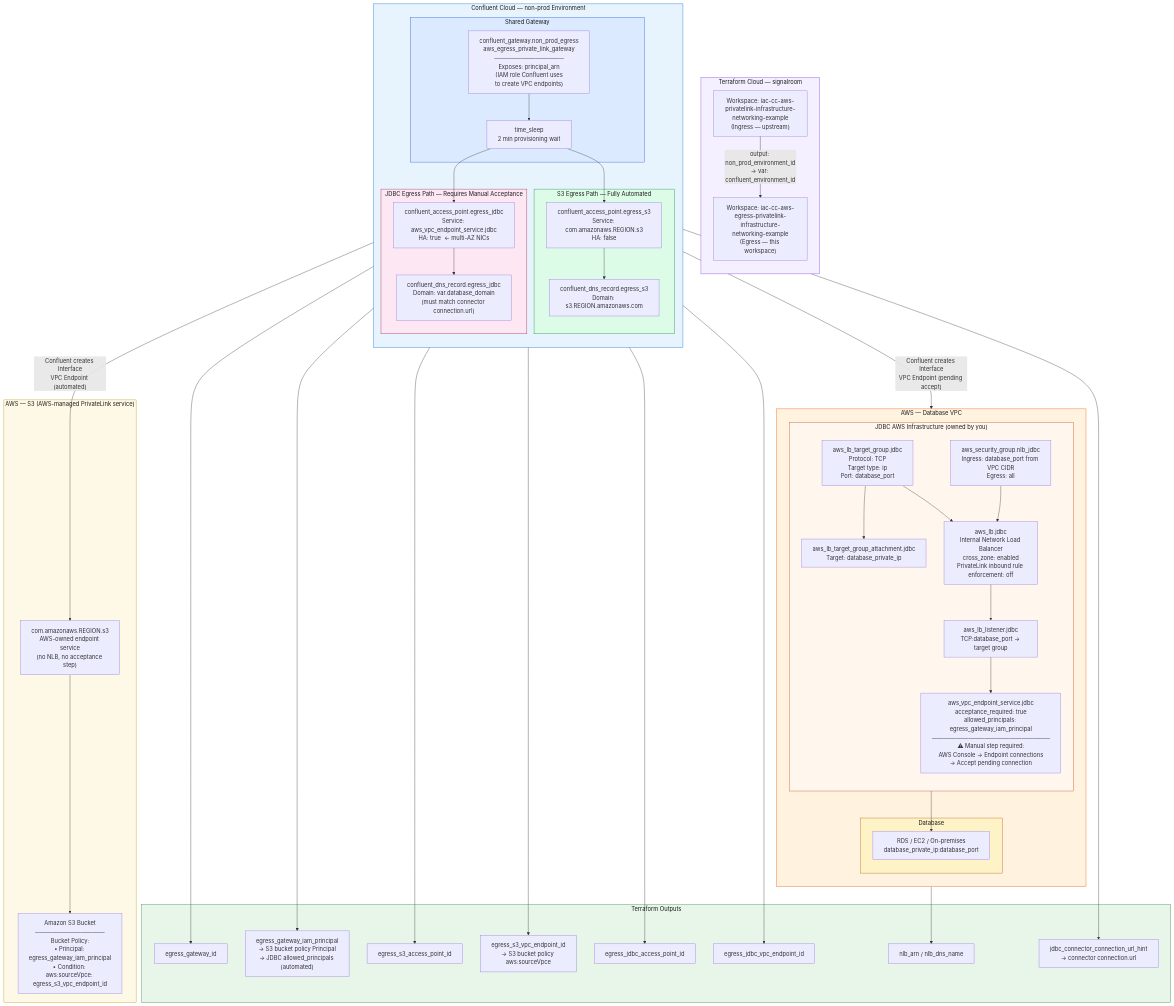
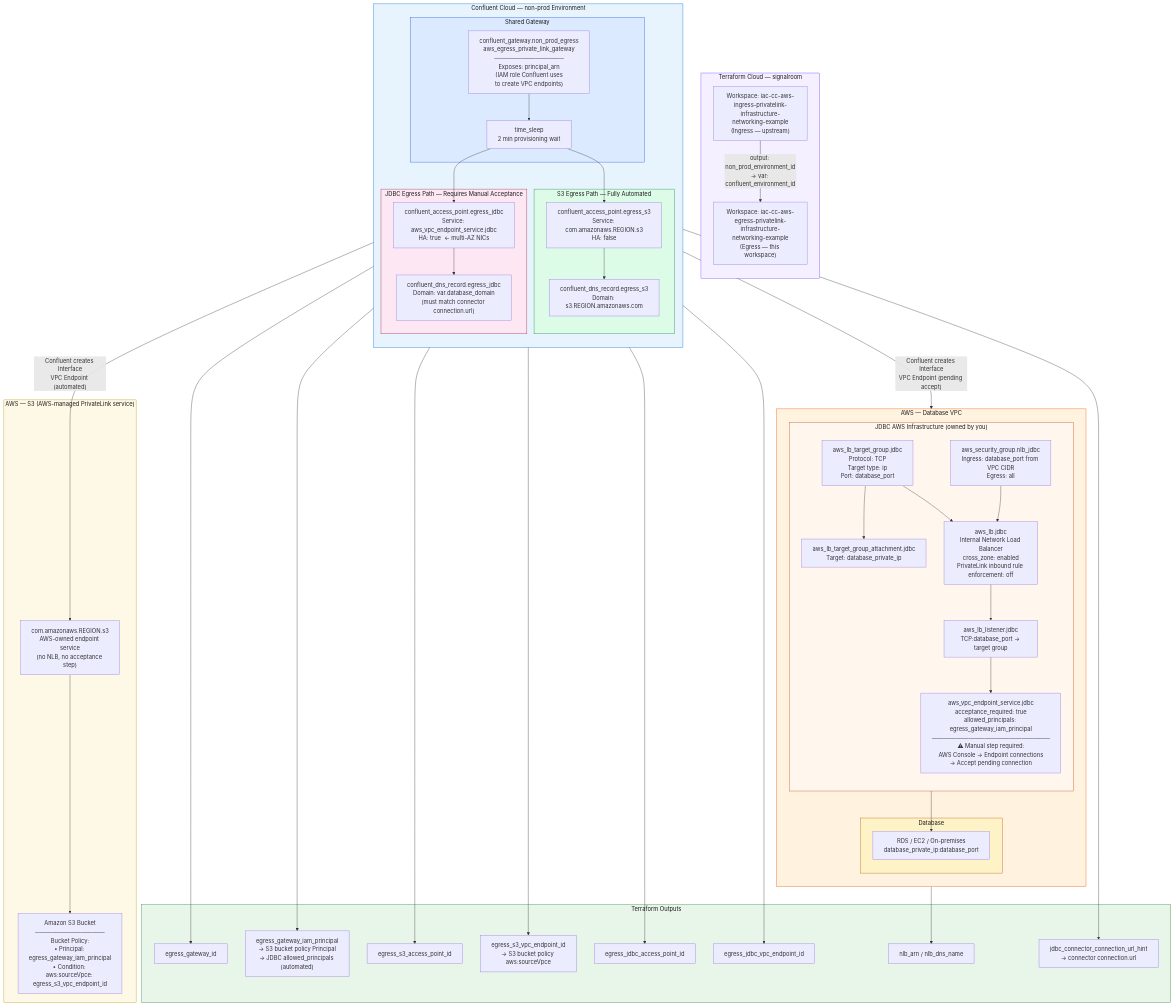
The diagram in README.md (j3-signalroom/iac-cc-aws_egress_privatelink-infrastructure_networking-example), drawn with Mermaid before and after one commit. The commit also changed other lines of this file, not shown here.

Commit message:
See #2.  Update the README.md.

```diff
--- a/README.md
+++ b/README.md
@@ -110,7 +110,7 @@
 
     subgraph TFC["Terraform Cloud — signalroom"]
         direction TB
-        WS1["Workspace: iac-cc-aws-privatelink-infrastructure-networking-example\n(Ingress — upstream)"]
+        WS1["Workspace: iac-cc-aws-ingress-privatelink-infrastructure-networking-example\n(Ingress — upstream)"]
         WS2["Workspace: iac-cc-aws-egress-privatelink-infrastructure-networking-example\n(Egress — this workspace)"]
         WS1 -- "output: non_prod_environment_id\n→ var: confluent_environment_id" --> WS2
     end
```
